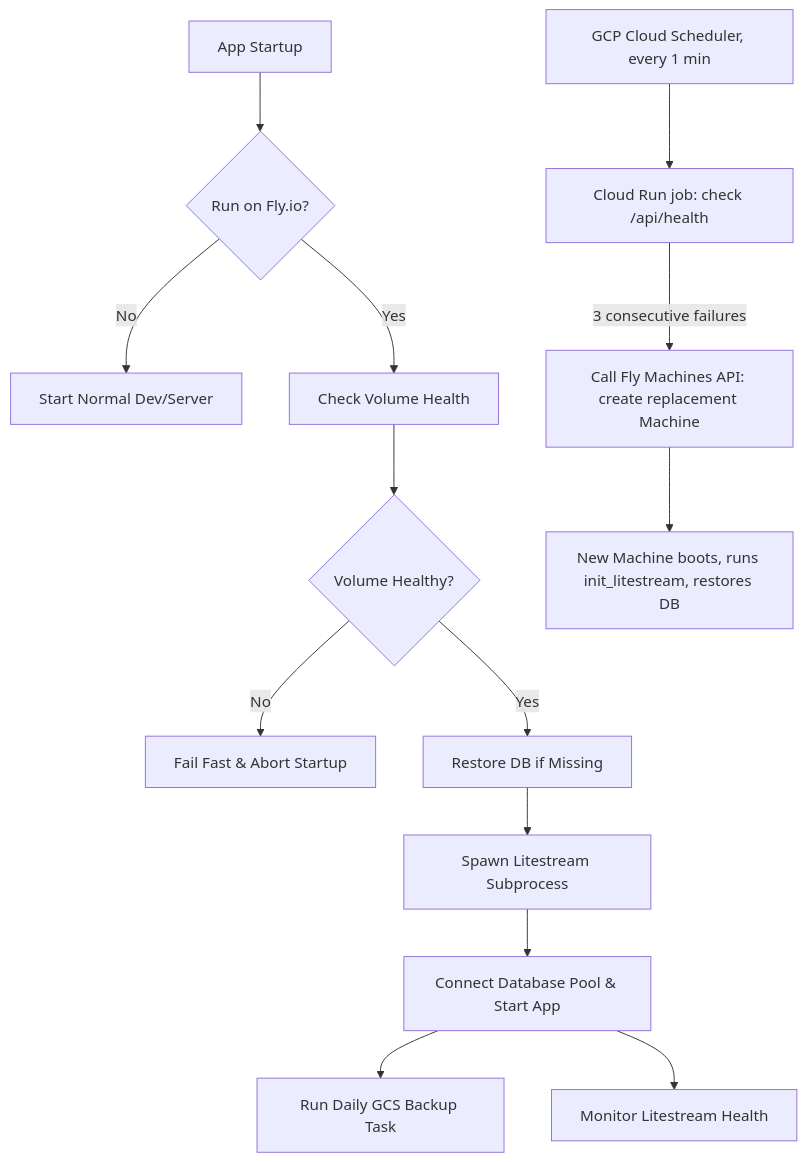
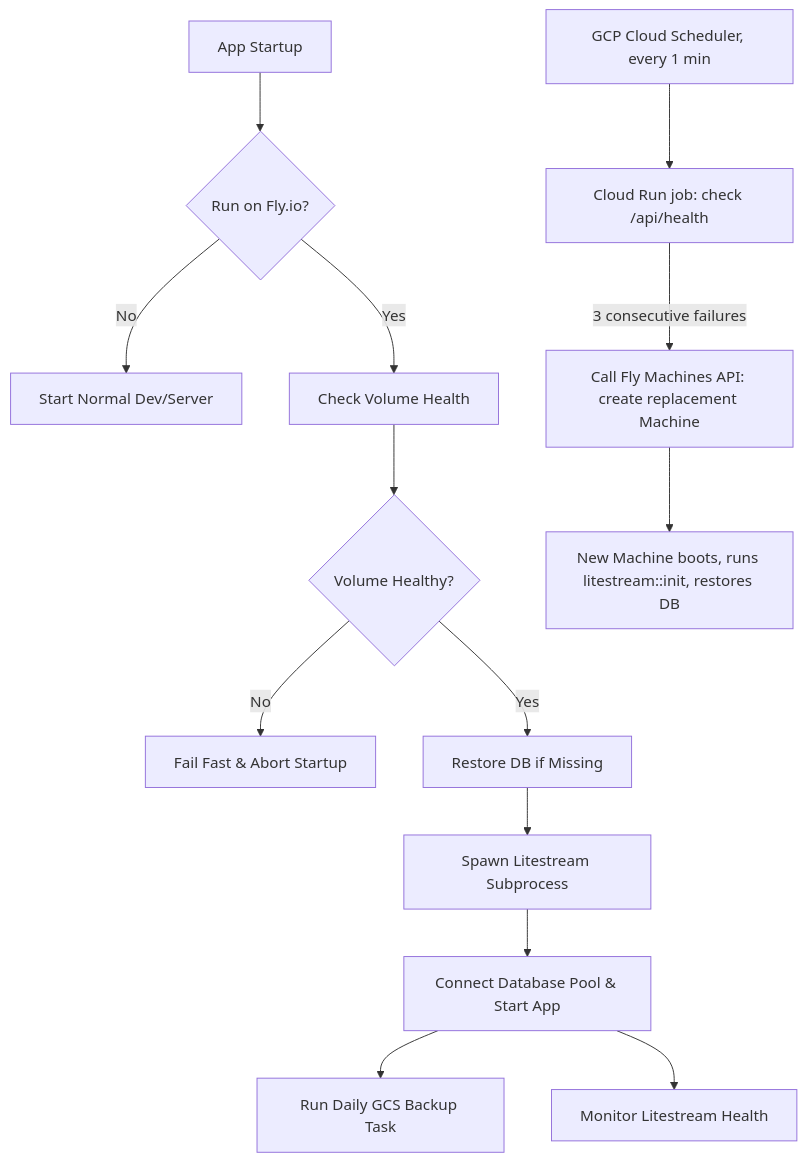
One commit to AndreiBozantan/svelte-axum-template changed the diagram in docs/devops/fly.md. Above: the diagram before and after it, drawn with Mermaid. The commit also changed other lines of this file, not shown here.

````diff
--- a/docs/devops/fly.md
+++ b/docs/devops/fly.md
@@ -19,20 +19,20 @@
 ```mermaid
 graph TD
     A[App Startup] --> B{Run on Fly.io?}
     B -- No --> C[Start Normal Dev/Server]
     B -- Yes --> D[Check Volume Health]
 
     D --> E{Volume Healthy?}
     E -- No --> F[Fail Fast & Abort Startup]
     E -- Yes --> G[Restore DB if Missing]
 
     G --> H[Spawn Litestream Subprocess]
     H --> I[Connect Database Pool & Start App]
 
     I --> J[Run Daily GCS Backup Task]
     I --> K[Monitor Litestream Health]
 
     L[GCP Cloud Scheduler, every 1 min] --> M[Cloud Run job: check /api/health]
     M -->|3 consecutive failures| N[Call Fly Machines API: create replacement Machine]
-    N --> O[New Machine boots, runs init_litestream, restores DB]
+    N --> O[New Machine boots, runs litestream::init, restores DB]
 ```
````
